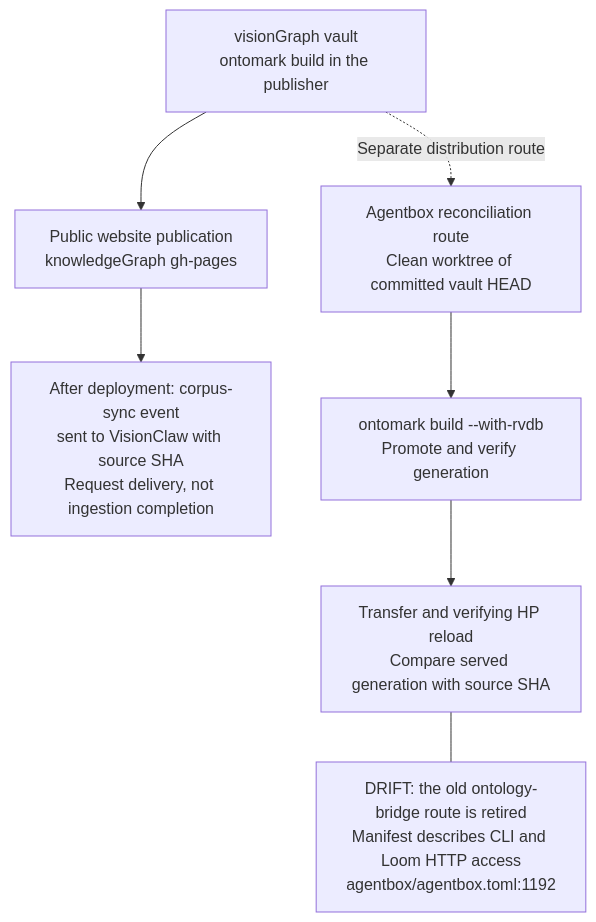
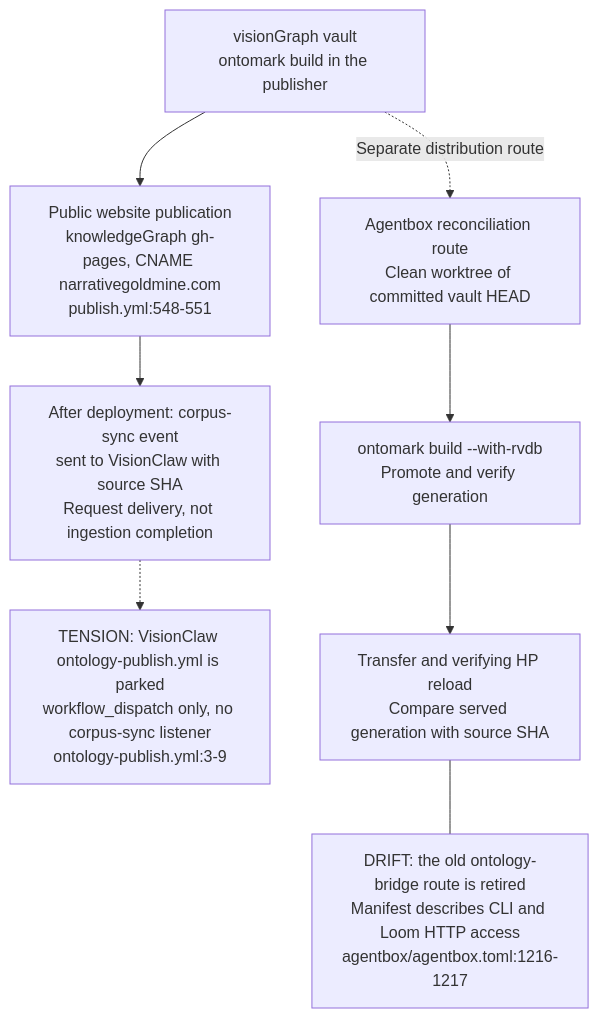
The first of 3 diagrams in docs/diagrams/knowledgegraph/06-consumers-and-integration.md (DreamLab-AI/VisionFlow), drawn with Mermaid before and after one commit. The commit also changed other lines of this file and 5 other files, not shown here.

First line of the commit message:
diagrams(small-b): re-verify KG-06, VK-02/03/05, VG-01/04 at pinned heads

````diff
--- a/docs/diagrams/knowledgegraph/06-consumers-and-integration.md
+++ b/docs/diagrams/knowledgegraph/06-consumers-and-integration.md
@@ -34,19 +35,22 @@
 ```mermaid
 flowchart TB
     %% visionGraph/.github/workflows/publish.yml:175
     VG["visionGraph vault<br/>ontomark build in the publisher"]
     %% visionGraph/.github/workflows/publish.yml:544
-    PUB["Public website publication<br/>knowledgeGraph gh-pages"]
+    PUB["Public website publication<br/>knowledgeGraph gh-pages, CNAME narrativegoldmine.com<br/>publish.yml:548-551"]
     %% visionGraph/.github/workflows/publish.yml:554
     DISPATCH["After deployment: corpus-sync event<br/>sent to VisionClaw with source SHA<br/>Request delivery, not ingestion completion"]
+    %% project/.github/workflows/ontology-publish.yml:3-9
+    PARKED["TENSION: VisionClaw ontology-publish.yml is parked<br/>workflow_dispatch only, no corpus-sync listener<br/>ontology-publish.yml:3-9"]
     %% agentbox/scripts/hp-loom-reconcile.sh:133
     SNAP["Agentbox reconciliation route<br/>Clean worktree of committed vault HEAD"]
     %% agentbox/scripts/hp-loom-reconcile.sh:149
     BUILD["ontomark build --with-rvdb<br/>Promote and verify generation"]
     %% agentbox/scripts/hp-loom-reconcile.sh:198
     LOOM["Transfer and verifying HP reload<br/>Compare served generation with source SHA"]
     VG --> PUB --> DISPATCH
+    DISPATCH -.-> PARKED
     VG -.->|"Separate distribution route"| SNAP --> BUILD --> LOOM
-    NOTE["DRIFT: the old ontology-bridge route is retired<br/>Manifest describes CLI and Loom HTTP access<br/>agentbox/agentbox.toml:1192"]
+    NOTE["DRIFT: the old ontology-bridge route is retired<br/>Manifest describes CLI and Loom HTTP access<br/>agentbox/agentbox.toml:1216-1217"]
     LOOM --- NOTE
 ```
````
